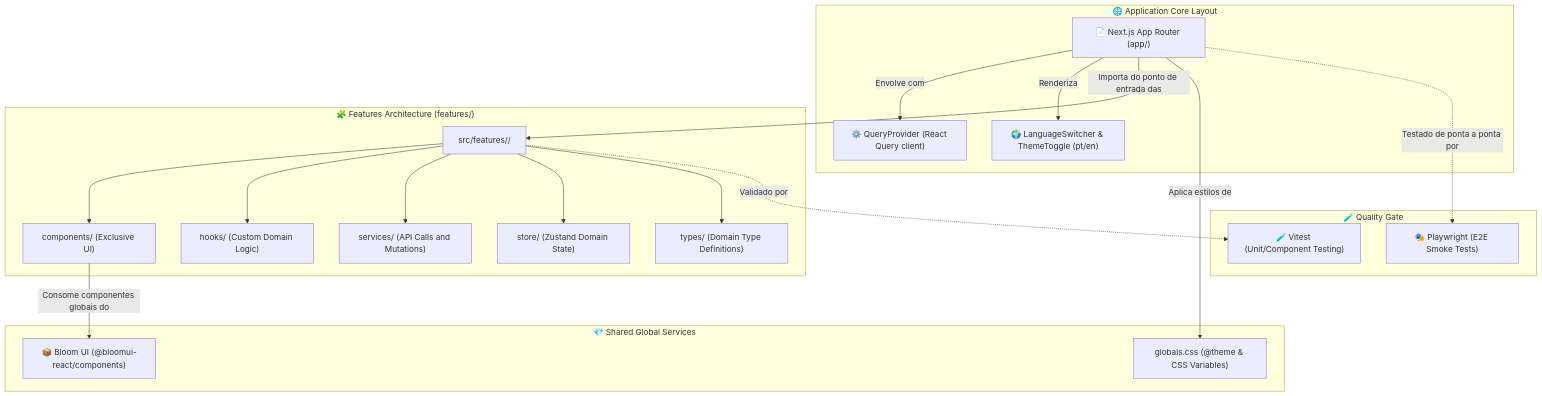
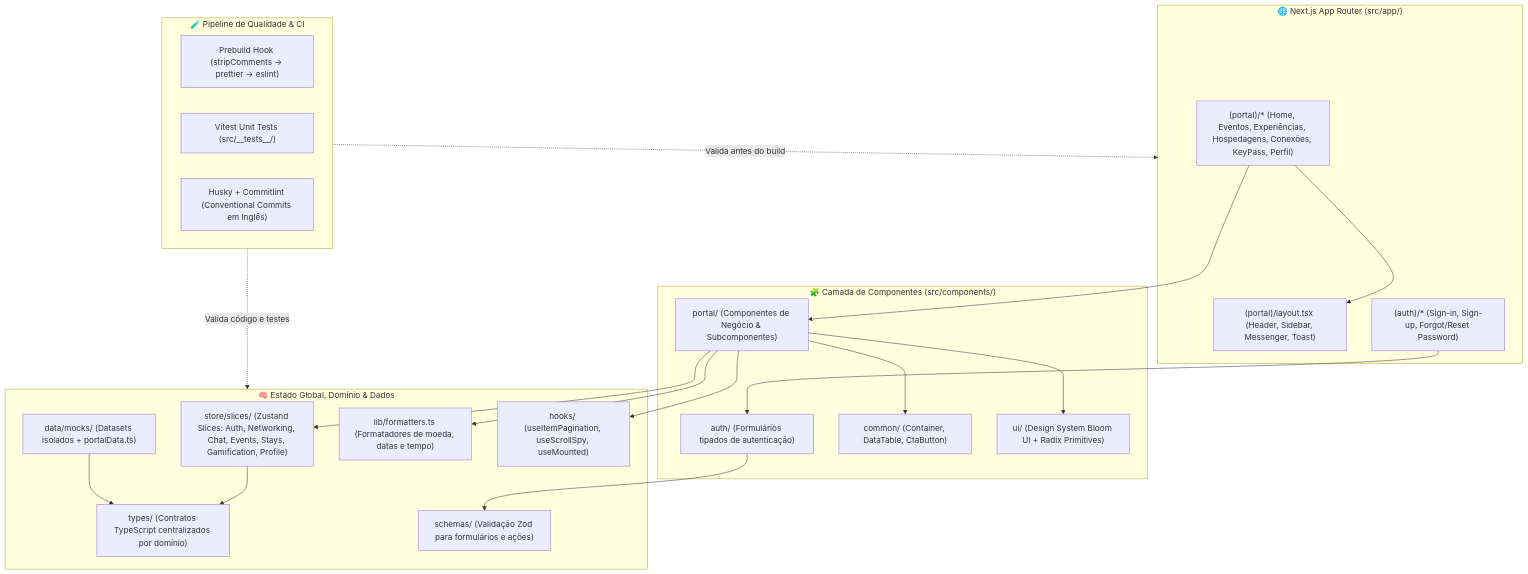
Before and after one commit to gui-bus/clubkey: the diagram in README.md, drawn with Mermaid. The commit also changed other lines of this file, not shown here.

Commit message:
docs: rewrite root README with accurate architecture and npm scripts

````diff
--- a/README.md
+++ b/README.md
@@ -58,42 +65,45 @@
 ```mermaid
 graph TB
-    subgraph App ["🌐 Application Core Layout"]
-        Pages["📄 Next.js App Router (app/)"]
-        Provider["⚙️ QueryProvider (React Query client)"]
-        Switcher["🌍 LanguageSwitcher & ThemeToggle (pt/en)"]
+    subgraph AppRouter ["🌐 Next.js App Router (src/app/)"]
+        PortalLayout["(portal)/layout.tsx (Header, Sidebar, Messenger, Toast)"]
+        PortalPages["(portal)/* (Home, Eventos, Experiências, Hospedagens, Conexões, KeyPass, Perfil)"]
+        AuthPages["(auth)/* (Sign-in, Sign-up, Forgot/Reset Password)"]
     end
 
-    subgraph Features ["🧩 Features Architecture (features/)"]
-        SubFeature["src/features/<feature-name>/"]
-        FComp["components/ (Exclusive UI)"]
-        FHook["hooks/ (Custom Domain Logic)"]
-        FServ["services/ (API Calls and Mutations)"]
-        FStore["store/ (Zustand Domain State)"]
-        FType["types/ (Domain Type Definitions)"]
+    subgraph ComponentsLayer ["🧩 Camada de Componentes (src/components/)"]
+        PortalComp["portal/ (Componentes de Negócio & Subcomponentes)"]
+        AuthComp["auth/ (Formulários tipados de autenticação)"]
+        CommonComp["common/ (Container, DataTable, CtaButton)"]
+        BloomUI["ui/ (Design System Bloom UI + Radix Primitives)"]
     end
 
-    subgraph Shared ["💎 Shared Global Services"]
-        UI["📦 Bloom UI (@bloomui-react/components)"]
-        GlobalsCSS["globals.css (@theme & CSS Variables)"]
+    subgraph StateAndDomain ["🧠 Estado Global, Domínio & Dados"]
+        Store["store/slices/ (Zustand Slices: Auth, Networking, Chat, Events, Stays, Gamification, Profile)"]
+        Types["types/ (Contratos TypeScript centralizados por domínio)"]
+        Schemas["schemas/ (Validação Zod para formulários e ações)"]
+        DataMocks["data/mocks/ (Datasets isolados + portalData.ts)"]
+        Formatters["lib/formatters.ts (Formatadores de moeda, datas e tempo)"]
+        Hooks["hooks/ (useItemPagination, useScrollSpy, useMounted)"]
     end
 
-    subgraph CI ["🧪 Quality Gate"]
-        Vitest["🧪 Vitest (Unit/Component Testing)"]
-        Playwright["🎭 Playwright (E2E Smoke Tests)"]
+    subgraph QualityPipeline ["🧪 Pipeline de Qualidade & CI"]
+        Prebuild["Prebuild Hook (stripComments → prettier → eslint)"]
+        VitestRunner["Vitest Unit Tests (src/__tests__/)"]
+        HuskyGate["Husky + Commitlint (Conventional Commits em Inglês)"]
     end
 
-    Pages -->|Envolve com| Provider
-    Pages -->|Renderiza| Switcher
-    Pages -->|Importa do ponto de entrada das| SubFeature
-    SubFeature --> FComp
-    SubFeature --> FHook
-    SubFeature --> FServ
-    SubFeature --> FStore
-    SubFeature --> FType
-    
-    FComp -->|Consome componentes globais do| UI
-    Pages -->|Aplica estilos de| GlobalsCSS
-    
-    SubFeature -.->|Validado por| Vitest
-    Pages -.->|Testado de ponta a ponta por| Playwright
+    PortalPages --> PortalLayout
+    PortalPages --> PortalComp
+    AuthPages --> AuthComp
+    PortalComp --> BloomUI
+    PortalComp --> CommonComp
+    PortalComp --> Store
+    PortalComp --> Hooks
+    PortalComp --> Formatters
+    Store --> Types
+    AuthComp --> Schemas
+    DataMocks --> Types
+
+    QualityPipeline -.->|Valida antes do build| AppRouter
+    QualityPipeline -.->|Valida código e testes| StateAndDomain
 ```
````
